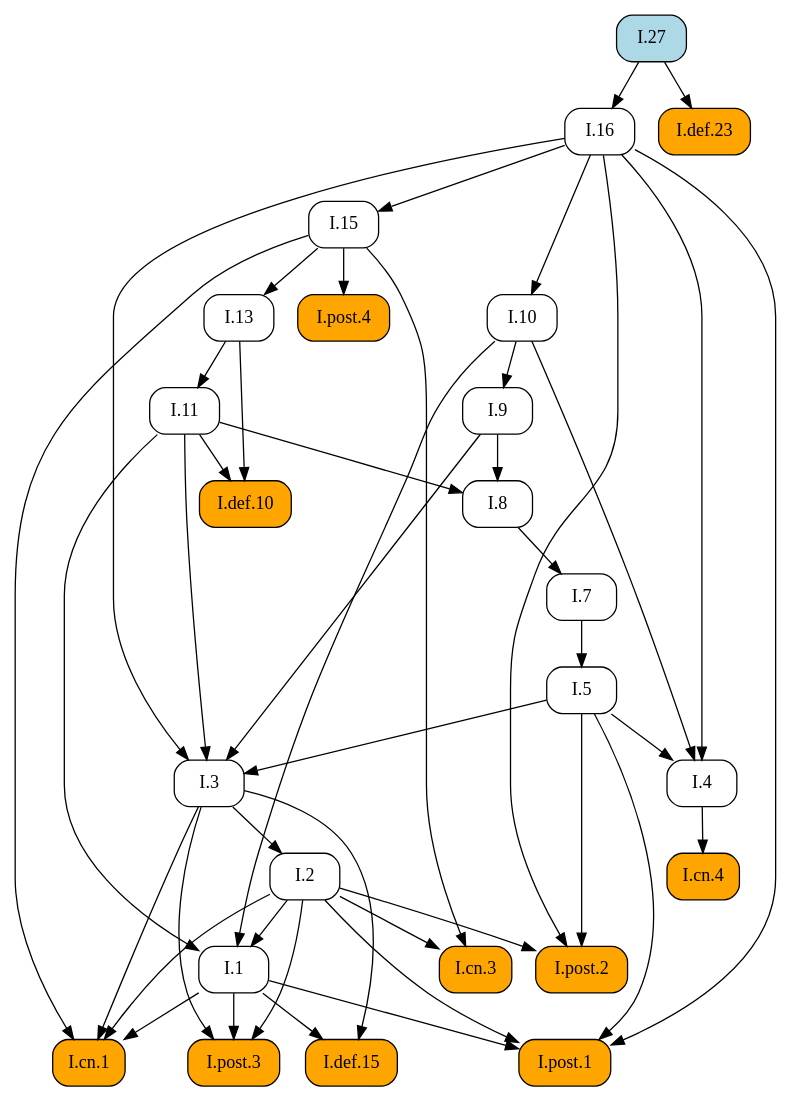
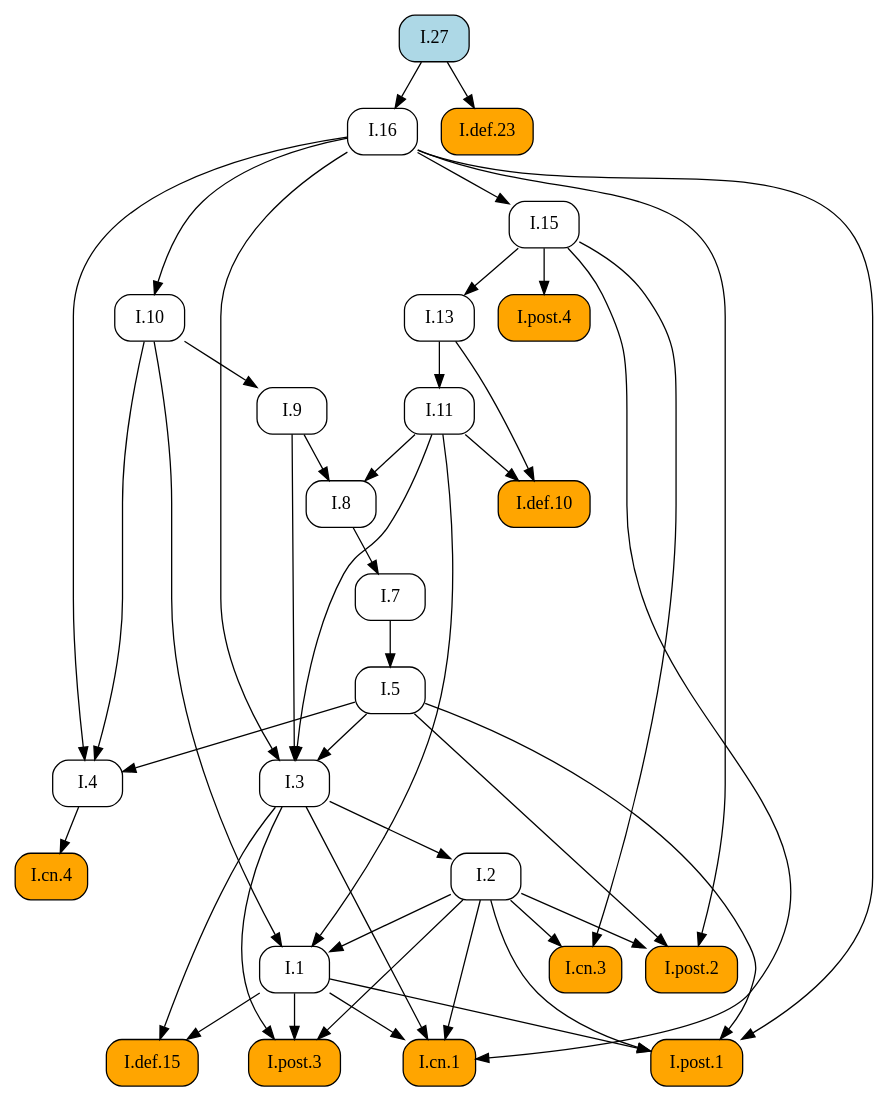
The diagram in docsrc/elements2/I/27/index.rst (geometor/elements), drawn with Graphviz before and after one commit. The commit also changed other lines of this file and 171 other files, not shown here.

```diff
--- a/docsrc/elements2/I/27/index.rst
+++ b/docsrc/elements2/I/27/index.rst
@@ -84,74 +84,74 @@
 .. graphviz::
 
    digraph {
      rankdir="TB";
      node [shape=box, style=rounded];
+     "I.8" [URL="/elements2/I/8/", target="_top"];
+     "I.1" [URL="/elements2/I/1/", target="_top"];
+     "I.cn.3" [style="rounded,filled", fillcolor=orange, URL="/elements2/I/cn.3/", target="_top"];
+     "I.cn.4" [style="rounded,filled", fillcolor=orange, URL="/elements2/I/cn.4/", target="_top"];
+     "I.7" [URL="/elements2/I/7/", target="_top"];
+     "I.post.1" [style="rounded,filled", fillcolor=orange, URL="/elements2/I/post.1/", target="_top"];
+     "I.9" [URL="/elements2/I/9/", target="_top"];
+     "I.5" [URL="/elements2/I/5/", target="_top"];
+     "I.cn.1" [style="rounded,filled", fillcolor=orange, URL="/elements2/I/cn.1/", target="_top"];
+     "I.post.4" [style="rounded,filled", fillcolor=orange, URL="/elements2/I/post.4/", target="_top"];
+     "I.def.10" [style="rounded,filled", fillcolor=orange, URL="/elements2/I/def.10/", target="_top"];
      "I.16" [URL="/elements2/I/16/", target="_top"];
-     "I.def.10" [style="rounded,filled", fillcolor=orange, URL="/elements2/I/def.10/", target="_top"];
+     "I.13" [URL="/elements2/I/13/", target="_top"];
+     "I.2" [URL="/elements2/I/2/", target="_top"];
+     "I.27" [style="rounded,filled", fillcolor=lightblue, URL="/elements2/I/27/", target="_top"];
+     "I.def.15" [style="rounded,filled", fillcolor=orange, URL="/elements2/I/def.15/", target="_top"];
+     "I.4" [URL="/elements2/I/4/", target="_top"];
+     "I.11" [URL="/elements2/I/11/", target="_top"];
+     "I.10" [URL="/elements2/I/10/", target="_top"];
+     "I.15" [URL="/elements2/I/15/", target="_top"];
+     "I.3" [URL="/elements2/I/3/", target="_top"];
      "I.def.23" [style="rounded,filled", fillcolor=orange, URL="/elements2/I/def.23/", target="_top"];
-     "I.9" [URL="/elements2/I/9/", target="_top"];
-     "I.2" [URL="/elements2/I/2/", target="_top"];
-     "I.8" [URL="/elements2/I/8/", target="_top"];
-     "I.15" [URL="/elements2/I/15/", target="_top"];
-     "I.def.15" [style="rounded,filled", fillcolor=orange, URL="/elements2/I/def.15/", target="_top"];
-     "I.cn.4" [style="rounded,filled", fillcolor=orange, URL="/elements2/I/cn.4/", target="_top"];
+     "I.post.2" [style="rounded,filled", fillcolor=orange, URL="/elements2/I/post.2/", target="_top"];
      "I.post.3" [style="rounded,filled", fillcolor=orange, URL="/elements2/I/post.3/", target="_top"];
-     "I.1" [URL="/elements2/I/1/", target="_top"];
-     "I.27" [style="rounded,filled", fillcolor=lightblue, URL="/elements2/I/27/", target="_top"];
-     "I.post.2" [style="rounded,filled", fillcolor=orange, URL="/elements2/I/post.2/", target="_top"];
-     "I.13" [URL="/elements2/I/13/", target="_top"];
-     "I.10" [URL="/elements2/I/10/", target="_top"];
-     "I.post.1" [style="rounded,filled", fillcolor=orange, URL="/elements2/I/post.1/", target="_top"];
-     "I.7" [URL="/elements2/I/7/", target="_top"];
-     "I.post.4" [style="rounded,filled", fillcolor=orange, URL="/elements2/I/post.4/", target="_top"];
-     "I.cn.1" [style="rounded,filled", fillcolor=orange, URL="/elements2/I/cn.1/", target="_top"];
-     "I.3" [URL="/elements2/I/3/", target="_top"];
-     "I.cn.3" [style="rounded,filled", fillcolor=orange, URL="/elements2/I/cn.3/", target="_top"];
-     "I.11" [URL="/elements2/I/11/", target="_top"];
-     "I.5" [URL="/elements2/I/5/", target="_top"];
-     "I.4" [URL="/elements2/I/4/", target="_top"];
-     "I.27" -> "I.16";
-     "I.11" -> "I.def.10";
-     "I.13" -> "I.def.10";
-     "I.27" -> "I.def.23";
-     "I.10" -> "I.9";
-     "I.3" -> "I.2";
      "I.9" -> "I.8";
      "I.11" -> "I.8";
-     "I.16" -> "I.15";
-     "I.1" -> "I.def.15";
-     "I.3" -> "I.def.15";
-     "I.4" -> "I.cn.4";
-     "I.1" -> "I.post.3";
-     "I.2" -> "I.post.3";
-     "I.3" -> "I.post.3";
      "I.2" -> "I.1";
      "I.10" -> "I.1";
      "I.11" -> "I.1";
-     "I.2" -> "I.post.2";
-     "I.5" -> "I.post.2";
-     "I.16" -> "I.post.2";
-     "I.15" -> "I.13";
-     "I.16" -> "I.10";
+     "I.2" -> "I.cn.3";
+     "I.15" -> "I.cn.3";
+     "I.4" -> "I.cn.4";
+     "I.8" -> "I.7";
      "I.1" -> "I.post.1";
      "I.2" -> "I.post.1";
      "I.5" -> "I.post.1";
      "I.16" -> "I.post.1";
-     "I.8" -> "I.7";
-     "I.15" -> "I.post.4";
+     "I.10" -> "I.9";
+     "I.7" -> "I.5";
      "I.1" -> "I.cn.1";
      "I.2" -> "I.cn.1";
      "I.3" -> "I.cn.1";
      "I.15" -> "I.cn.1";
+     "I.15" -> "I.post.4";
+     "I.11" -> "I.def.10";
+     "I.13" -> "I.def.10";
+     "I.27" -> "I.16";
+     "I.15" -> "I.13";
+     "I.3" -> "I.2";
+     "I.1" -> "I.def.15";
+     "I.3" -> "I.def.15";
+     "I.5" -> "I.4";
+     "I.10" -> "I.4";
+     "I.16" -> "I.4";
+     "I.13" -> "I.11";
+     "I.16" -> "I.10";
+     "I.16" -> "I.15";
      "I.5" -> "I.3";
      "I.9" -> "I.3";
      "I.11" -> "I.3";
      "I.16" -> "I.3";
-     "I.2" -> "I.cn.3";
-     "I.15" -> "I.cn.3";
-     "I.13" -> "I.11";
-     "I.7" -> "I.5";
-     "I.5" -> "I.4";
-     "I.10" -> "I.4";
-     "I.16" -> "I.4";
+     "I.27" -> "I.def.23";
+     "I.2" -> "I.post.2";
+     "I.5" -> "I.post.2";
+     "I.16" -> "I.post.2";
+     "I.1" -> "I.post.3";
+     "I.2" -> "I.post.3";
+     "I.3" -> "I.post.3";
    }
```
